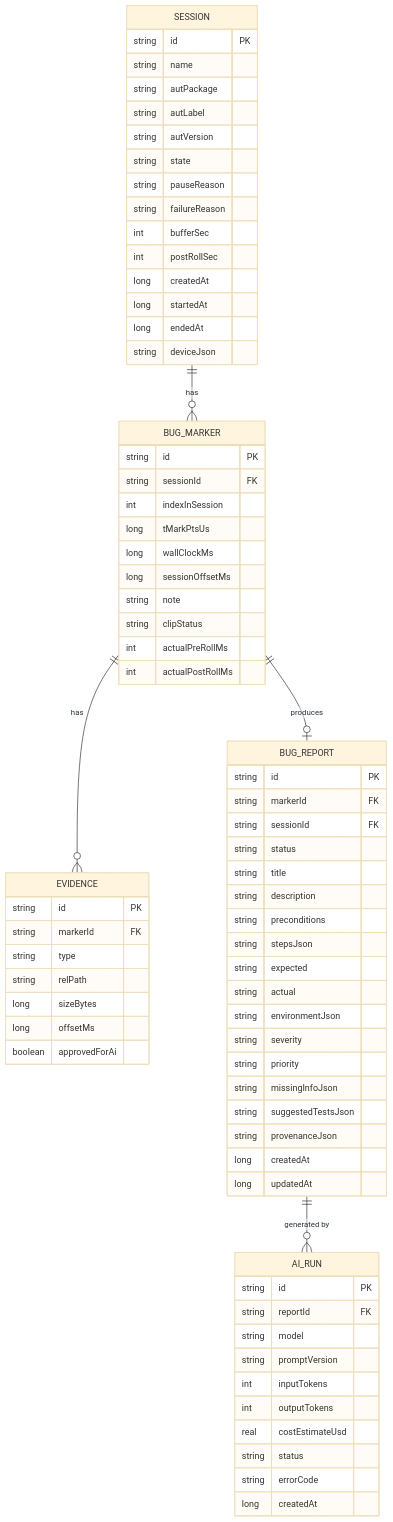
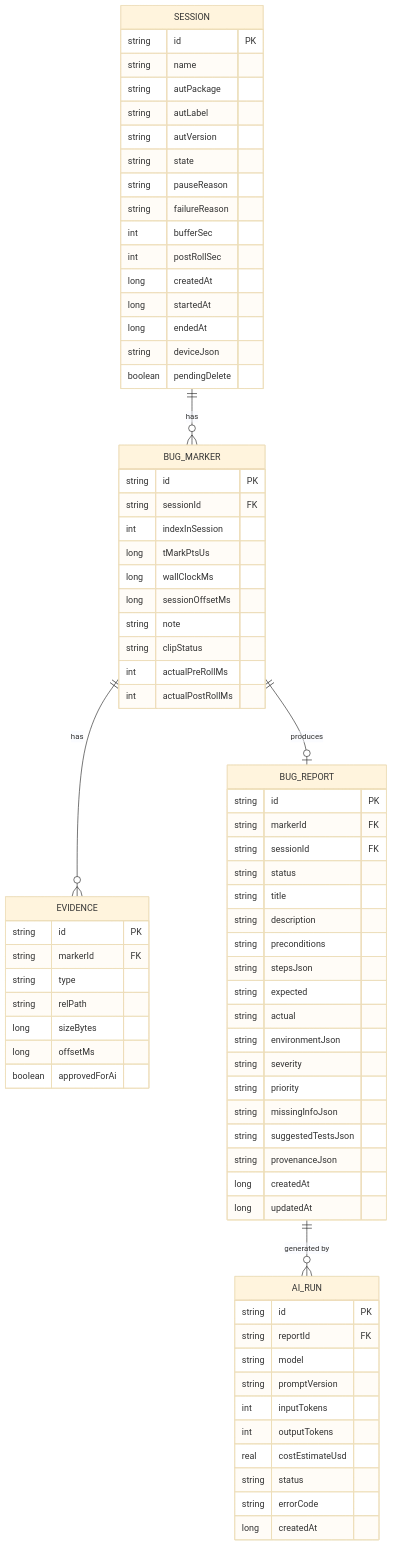
Before and after one commit to ntiendat01/BugSnapAI: the diagram in docs/specs/BugSnapAI/docs/09_DATABASE_DESIGN.md, drawn with Mermaid (base theme). The commit also changed other lines of this file and 20 other files, not shown here.

````diff
--- a/docs/specs/BugSnapAI/docs/09_DATABASE_DESIGN.md
+++ b/docs/specs/BugSnapAI/docs/09_DATABASE_DESIGN.md
@@ -10,76 +10,77 @@
 ```mermaid
 erDiagram
     SESSION ||--o{ BUG_MARKER : has
     BUG_MARKER ||--o{ EVIDENCE : has
     BUG_MARKER ||--o| BUG_REPORT : produces
     BUG_REPORT ||--o{ AI_RUN : "generated by"
     SESSION {
       string id PK
       string name
       string autPackage
       string autLabel
       string autVersion
       string state
       string pauseReason
       string failureReason
       int bufferSec
       int postRollSec
       long createdAt
       long startedAt
       long endedAt
       string deviceJson
+      boolean pendingDelete
     }
     BUG_MARKER {
       string id PK
       string sessionId FK
       int indexInSession
       long tMarkPtsUs
       long wallClockMs
       long sessionOffsetMs
       string note
       string clipStatus
       int actualPreRollMs
       int actualPostRollMs
     }
     EVIDENCE {
       string id PK
       string markerId FK
       string type
       string relPath
       long sizeBytes
       long offsetMs
       boolean approvedForAi
     }
     BUG_REPORT {
       string id PK
       string markerId FK
       string sessionId FK
       string status
       string title
       string description
       string preconditions
       string stepsJson
       string expected
       string actual
       string environmentJson
       string severity
       string priority
       string missingInfoJson
       string suggestedTestsJson
       string provenanceJson
       long createdAt
       long updatedAt
     }
     AI_RUN {
       string id PK
       string reportId FK
       string model
       string promptVersion
       int inputTokens
       int outputTokens
       real costEstimateUsd
       string status
       string errorCode
       long createdAt
     }
 ```
````
